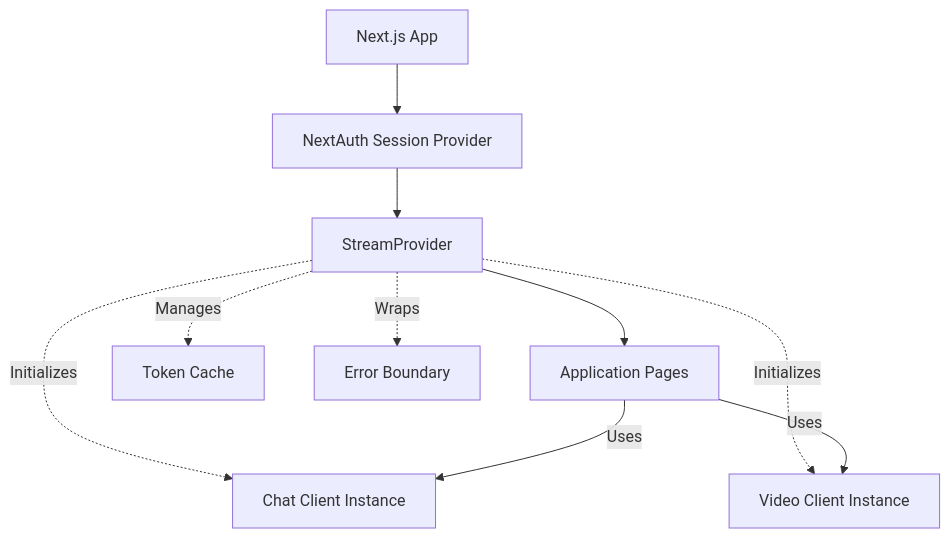
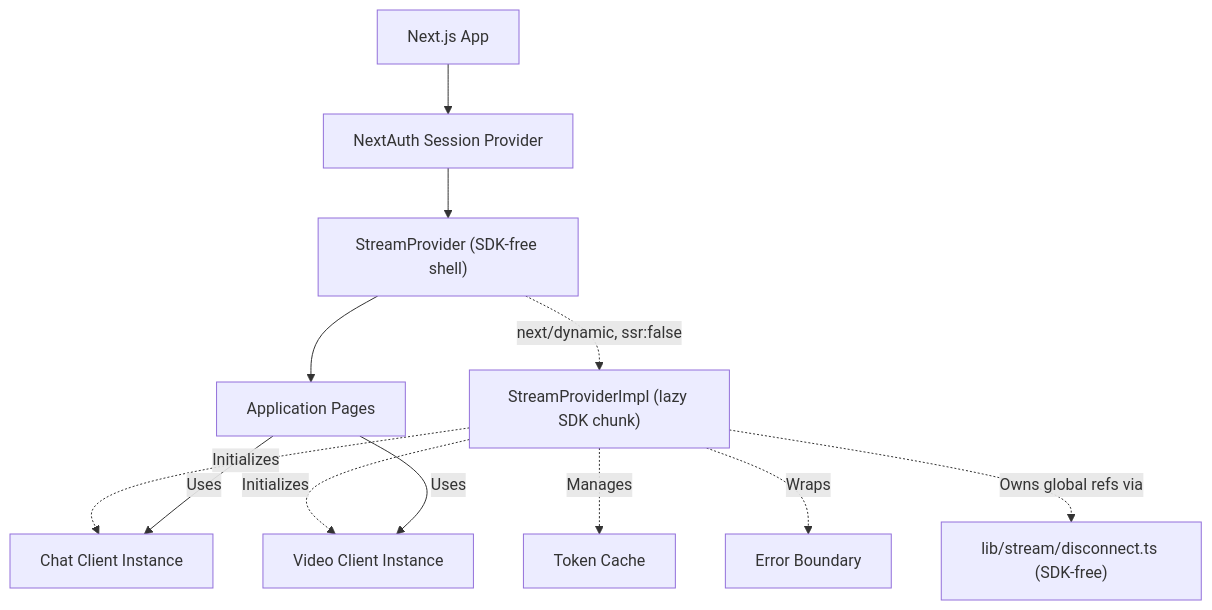
The second of 7 diagrams in docs/stream/01-architecture.md (Practitionist/familiarise_web), drawn with Mermaid before and after one commit. The commit also changed other lines of this file and 4 other files, not shown here.

````diff
--- a/docs/stream/01-architecture.md
+++ b/docs/stream/01-architecture.md
@@ -106,19 +110,24 @@
 ```mermaid
 graph TD
     App[Next.js App]
     Auth[NextAuth Session Provider]
-    Stream[StreamProvider]
+    Stream["StreamProvider (SDK-free shell)"]
+    Impl["StreamProviderImpl (lazy SDK chunk)"]
     Pages[Application Pages]
 
     App --> Auth
     Auth --> Stream
+    Stream -.->|"next/dynamic, ssr:false"| Impl
     Stream --> Pages
 
-    Stream -.->|Initializes| ChatClient[Chat Client Instance]
-    Stream -.->|Initializes| VideoClient[Video Client Instance]
-    Stream -.->|Manages| TokenCache[Token Cache]
-    Stream -.->|Wraps| ErrorBoundary[Error Boundary]
+    Impl -.->|Initializes| ChatClient[Chat Client Instance]
+    Impl -.->|Initializes| VideoClient[Video Client Instance]
+    Impl -.->|Manages| TokenCache[Token Cache]
+    Impl -.->|Wraps| ErrorBoundary[Error Boundary]
+
+    Disconnect["lib/stream/disconnect.ts (SDK-free)"]
+    Impl -.->|Owns global refs via| Disconnect
 
     Pages -->|Uses| ChatClient
     Pages -->|Uses| VideoClient
 ```
````
